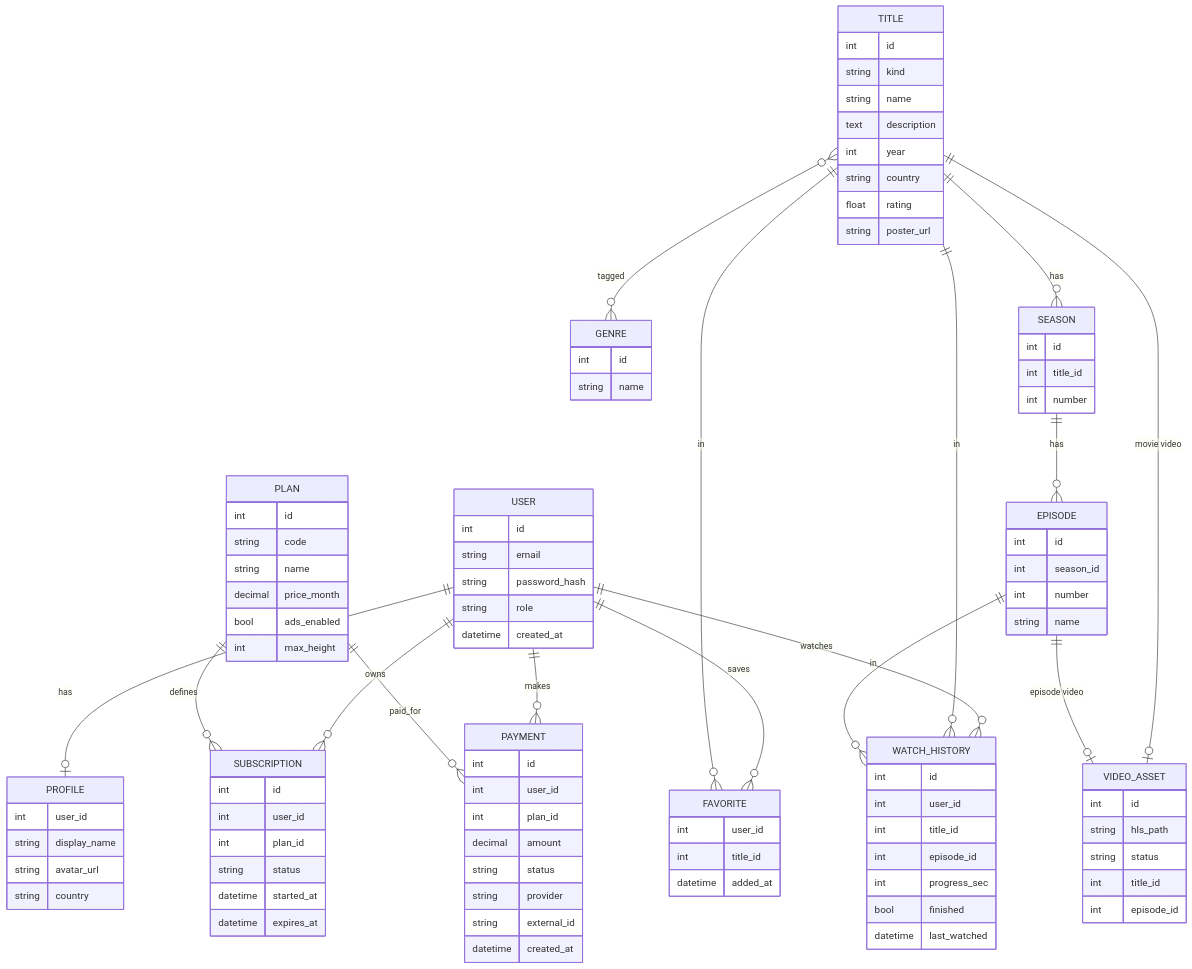
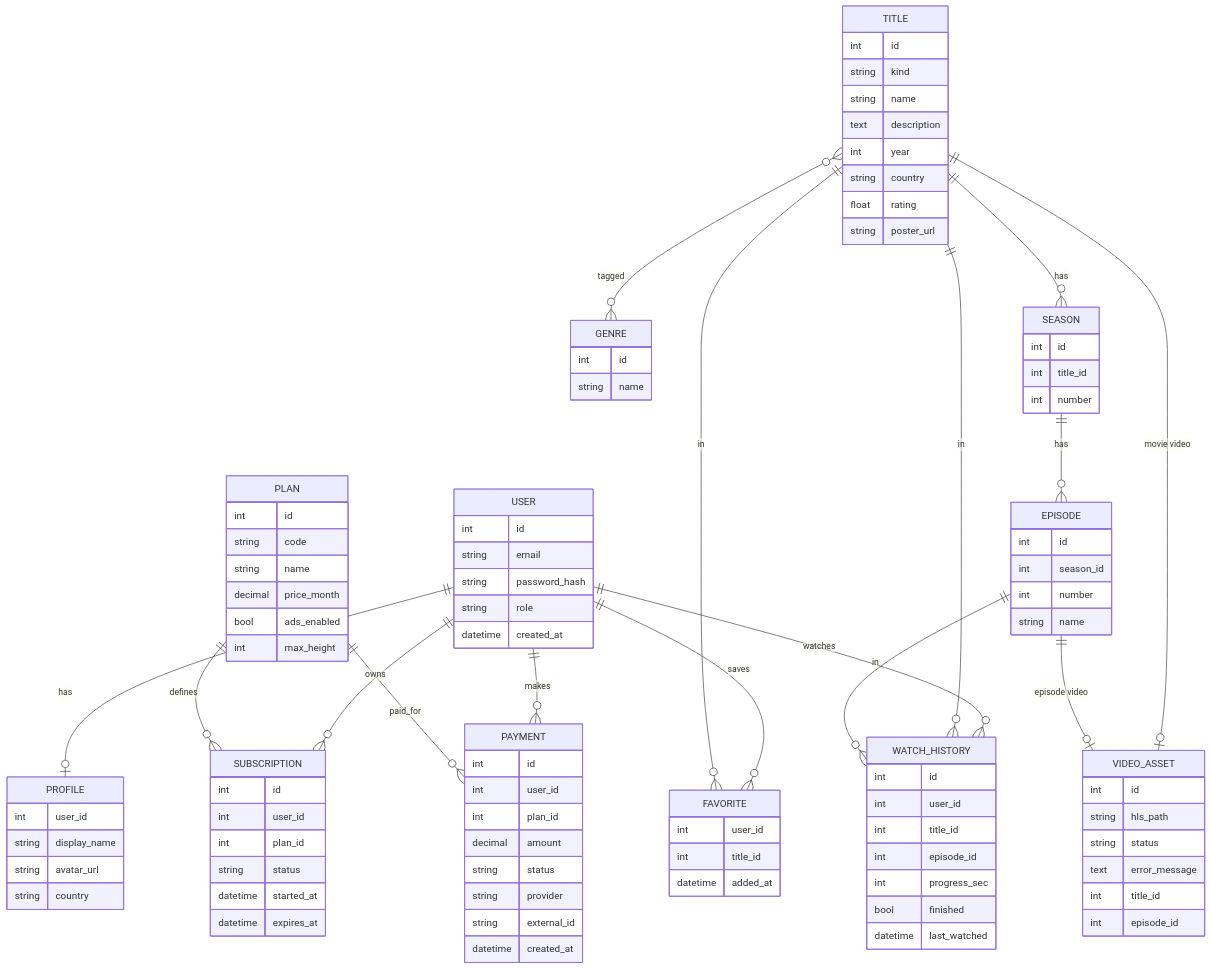
The second of 3 diagrams in docs/ARCHITECTURE.md (MatskoDanylo/Software-doc-design-coursework), drawn with Mermaid before and after one commit. The commit also changed other lines of this file and 5 other files, not shown here.

````diff
--- a/docs/ARCHITECTURE.md
+++ b/docs/ARCHITECTURE.md
@@ -33,31 +33,31 @@
 ```mermaid
 erDiagram
     USER ||--o| PROFILE : has
     USER ||--o{ SUBSCRIPTION : owns
     USER ||--o{ PAYMENT : makes
     USER ||--o{ FAVORITE : saves
     USER ||--o{ WATCH_HISTORY : watches
     PLAN ||--o{ SUBSCRIPTION : defines
     PLAN ||--o{ PAYMENT : paid_for
     TITLE ||--o{ FAVORITE : in
     TITLE }o--o{ GENRE : tagged
     TITLE ||--o{ SEASON : has
     SEASON ||--o{ EPISODE : has
     TITLE ||--o| VIDEO_ASSET : "movie video"
     EPISODE ||--o| VIDEO_ASSET : "episode video"
     TITLE ||--o{ WATCH_HISTORY : in
     EPISODE ||--o{ WATCH_HISTORY : in
 
     USER { int id string email string password_hash string role datetime created_at }
     PROFILE { int user_id string display_name string avatar_url string country }
     PLAN { int id string code string name decimal price_month bool ads_enabled int max_height }
     SUBSCRIPTION { int id int user_id int plan_id string status datetime started_at datetime expires_at }
     PAYMENT { int id int user_id int plan_id decimal amount string status string provider string external_id datetime created_at }
     TITLE { int id string kind string name text description int year string country float rating string poster_url }
     GENRE { int id string name }
     SEASON { int id int title_id int number }
     EPISODE { int id int season_id int number string name }
-    VIDEO_ASSET { int id string hls_path string status int title_id int episode_id }
+    VIDEO_ASSET { int id string hls_path string status text error_message int title_id int episode_id }
     FAVORITE { int user_id int title_id datetime added_at }
     WATCH_HISTORY { int id int user_id int title_id int episode_id int progress_sec bool finished datetime last_watched }
 ```
````
